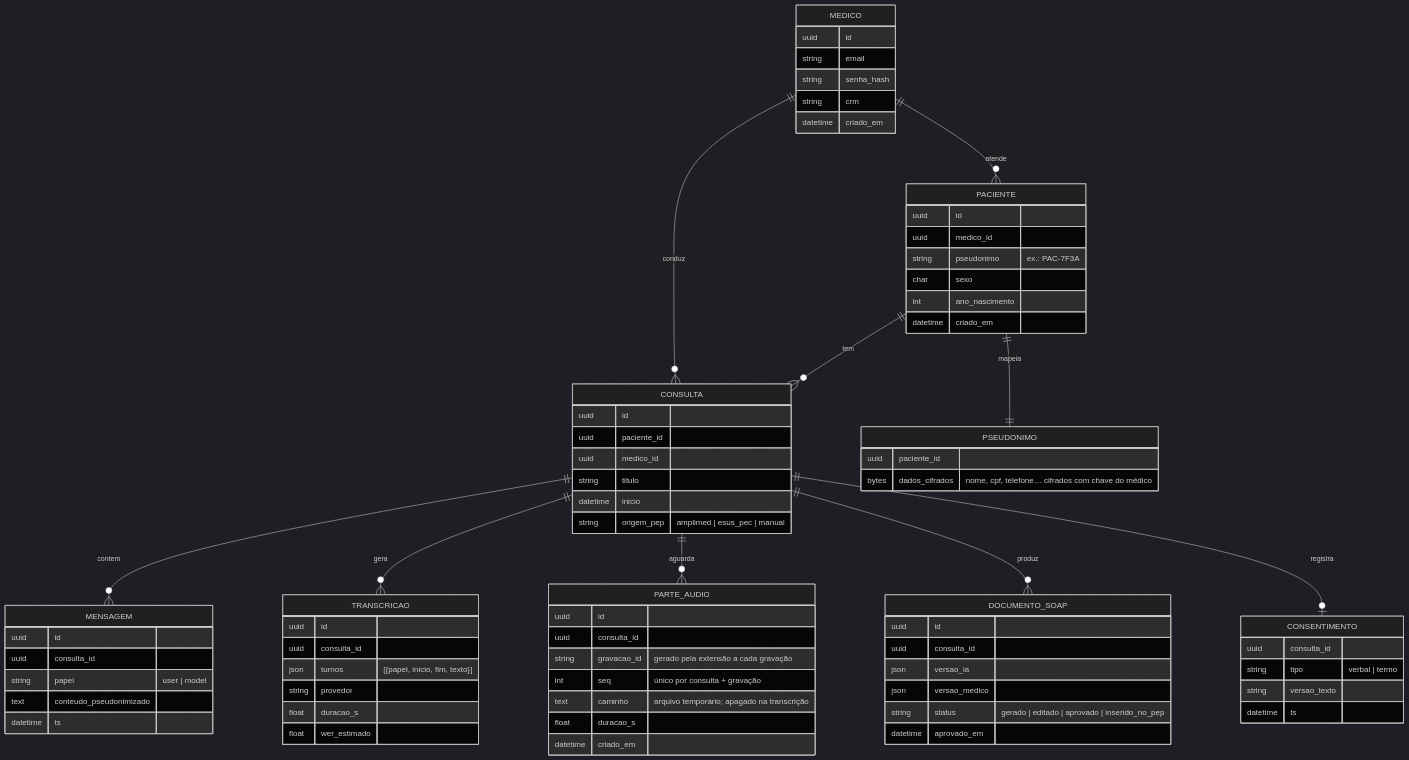
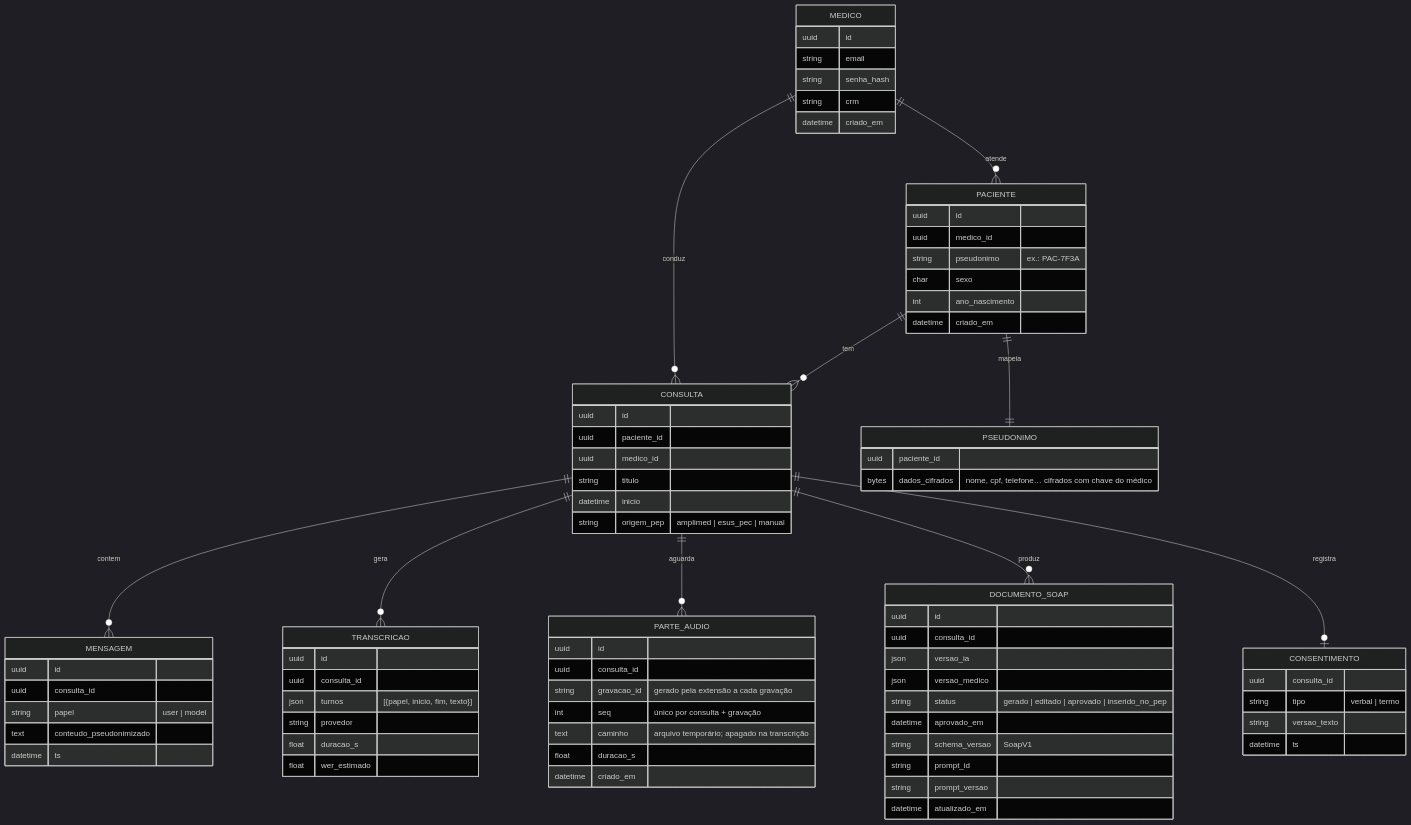
The second of 3 diagrams in docs/05-arquitetura-v5.md (ruypontes/copilot-medico), drawn with Mermaid (dark theme) before and after one commit. The commit also changed 9 other files, not shown here.

First line of the commit message:
feat(soap): schema SoapV1 em pydantic e rastreabilidade em documento_soap (B39)

````diff
--- a/docs/05-arquitetura-v5.md
+++ b/docs/05-arquitetura-v5.md
@@ -73,77 +73,81 @@
 ```mermaid
 erDiagram
     MEDICO ||--o{ PACIENTE : atende
     MEDICO ||--o{ CONSULTA : conduz
     PACIENTE ||--o{ CONSULTA : tem
     CONSULTA ||--o{ MENSAGEM : contem
     CONSULTA ||--o{ TRANSCRICAO : gera
     CONSULTA ||--o{ PARTE_AUDIO : aguarda
     CONSULTA ||--o{ DOCUMENTO_SOAP : produz
     CONSULTA ||--o| CONSENTIMENTO : registra
     PACIENTE ||--|| PSEUDONIMO : mapeia
     MEDICO {
         uuid id
         string email
         string senha_hash
         string crm
         datetime criado_em
     }
     PACIENTE {
         uuid id
         uuid medico_id
         string pseudonimo "ex.: PAC-7F3A"
         char sexo
         int ano_nascimento
         datetime criado_em
     }
     PSEUDONIMO {
         uuid paciente_id
         bytes dados_cifrados "nome, cpf, telefone… cifrados com chave do médico"
     }
     CONSULTA {
         uuid id
         uuid paciente_id
         uuid medico_id
         string titulo
         datetime inicio
         string origem_pep "amplimed | esus_pec | manual"
     }
     MENSAGEM {
         uuid id
         uuid consulta_id
         string papel "user | model"
         text conteudo_pseudonimizado
         datetime ts
     }
     TRANSCRICAO {
         uuid id
         uuid consulta_id
         json turnos "[{papel, inicio, fim, texto}]"
         string provedor
         float duracao_s
         float wer_estimado
     }
     PARTE_AUDIO {
         uuid id
         uuid consulta_id
         string gravacao_id "gerado pela extensão a cada gravação"
         int seq "único por consulta + gravação"
         text caminho "arquivo temporário; apagado na transcrição"
         float duracao_s
         datetime criado_em
     }
     DOCUMENTO_SOAP {
         uuid id
         uuid consulta_id
         json versao_ia
         json versao_medico
         string status "gerado | editado | aprovado | inserido_no_pep"
         datetime aprovado_em
+        string schema_versao "SoapV1"
+        string prompt_id
+        string prompt_versao
+        datetime atualizado_em
     }
     CONSENTIMENTO {
         uuid consulta_id
         string tipo "verbal | termo"
         string versao_texto
         datetime ts
     }
 ```
````
